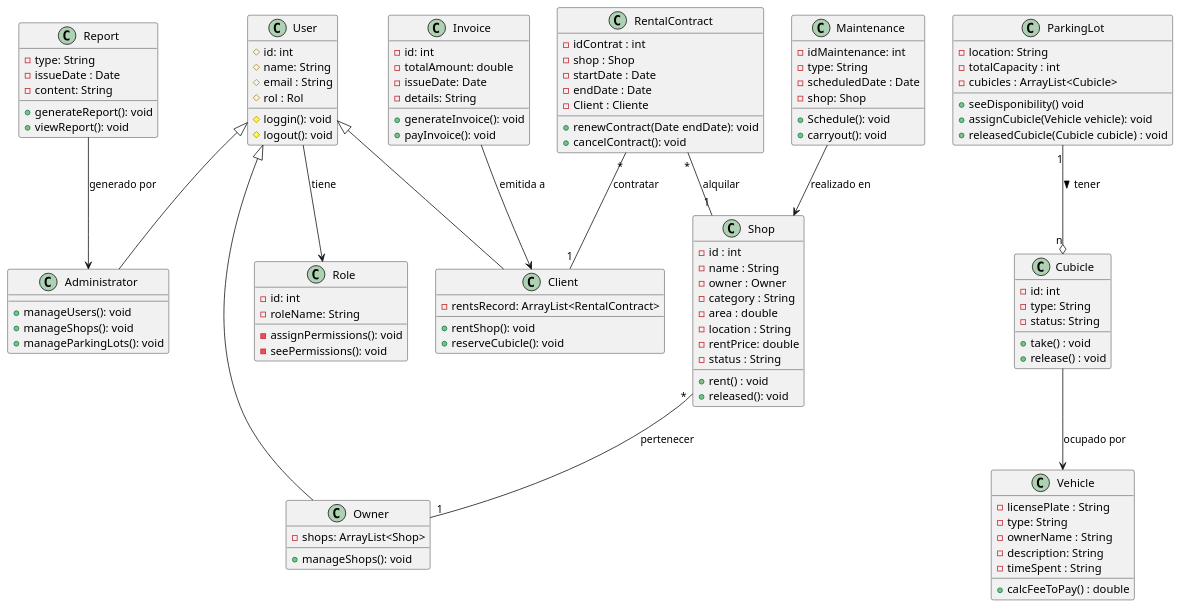
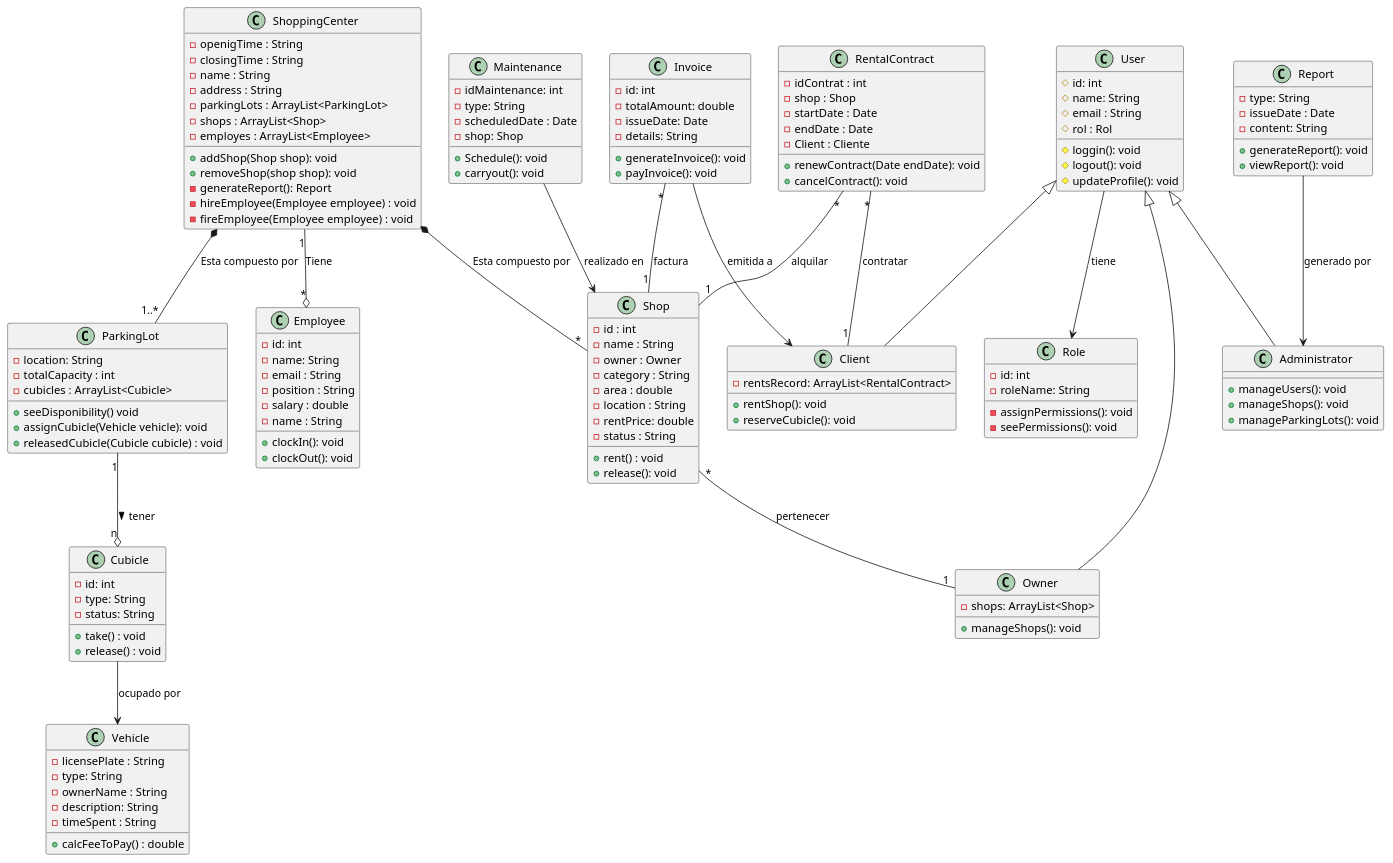
One commit to cleymeravilaa/Gestion-Centro-Comercial changed the diagram in src/co/edu/unicolombo/s3/poo/GestionCentroComercial/docs/DiagramasClases.puml. Above: the diagram before and after it, drawn with PlantUML.

Commit message:
actualización diagrama

```diff
--- a/src/co/edu/unicolombo/s3/poo/GestionCentroComercial/docs/DiagramasClases.puml
+++ b/src/co/edu/unicolombo/s3/poo/GestionCentroComercial/docs/DiagramasClases.puml
@@ -1,152 +1,185 @@
 @startuml
+
+' Centro Comercial
+class ShoppingCenter {
+    - openigTime : String
+    - closingTime : String
+    - name : String
+    - address : String
+    - parkingLots : ArrayList<ParkingLot>
+    - shops : ArrayList<Shop>
+    - employes : ArrayList<Employee>
+    + addShop(Shop shop): void
+    + removeShop(shop shop): void
+    - generateReport(): Report
+    - hireEmployee(Employee employee) : void
+    - fireEmployee(Employee employee) : void
+}
 
 'Local
 class Shop {
     - id : int
     - name : String 
     - owner : Owner
     - category : String 
     - area : double
     - location : String
     - rentPrice: double
     - status : String
     + rent() : void 
-    + released(): void
+    + release(): void
 }
 
 ' Contrato Alquiler
 class RentalContract {
     - idContrat : int
     - shop : Shop
     - startDate : Date
     - endDate : Date
     - Client : Cliente
     + renewContract(Date endDate): void
     + cancelContract(): void
 }
 
 'Parqueadero
 class ParkingLot {
     - location: String
     - totalCapacity : int
     - cubicles : ArrayList<Cubicle>
     + seeDisponibility() void
     + assignCubicle(Vehicle vehicle): void
     + releasedCubicle(Cubicle cubicle) : void
 }
 
 ' Cubiculo
 class Cubicle {
     - id: int
     - type: String
     - status: String
     + take() : void
     + release() : void
 }
 
 ' Vehiculo
 class Vehicle {
     - licensePlate : String
     - type: String
     - ownerName : String
     - description: String
     - timeSpent : String
     + calcFeeToPay() : double
 }
 
 ' Usuario
 class User {
     # id: int
     # name: String
     # email : String
     # rol : Rol
     # loggin(): void
     # logout(): void
+    # updateProfile(): void
 }
 
 ' Propietario
 class Owner {
     - shops: ArrayList<Shop>
     + manageShops(): void
 }
 
 ' Cliente
 class Client {
     - rentsRecord: ArrayList<RentalContract>
     + rentShop(): void
     + reserveCubicle(): void
 }
 
 ' Admin
 class Administrator {
     + manageUsers(): void
     + manageShops(): void
     + manageParkingLots(): void
 }
 
+class Employee {
+    - id: int
+    - name: String
+    - email : String
+    - position : String
+    - salary : double
+    - name : String
+    + clockIn(): void
+    + clockOut(): void
+}
 ' Rol
 class Role {
     - id: int
     - roleName: String
     - assignPermissions(): void
     - seePermissions(): void
 }
 
 ' Factura
 class Invoice {
     - id: int
     - totalAmount: double 
     - issueDate: Date
     - details: String
     + generateInvoice(): void
     + payInvoice(): void
 }
 
 ' Reporte
 class Report {
     - type: String
     - issueDate : Date
     - content: String
     + generateReport(): void
     + viewReport(): void
 }
 
 ' Mantenimiento
 class Maintenance {
     - idMaintenance: int
     - type: String
     - scheduledDate : Date
     - shop: Shop
     + Schedule(): void
     + carryout(): void
 }
 
 
 ' Relaciones 
 
 ' Herencia
 User <|-- Owner 
 User <|-- Administrator 
 User <|-- Client
 
 ' Asociacion
 Shop "*" -- "1" Owner : pertenecer
 RentalContract "*" -- "1" Shop : alquilar
 RentalContract "*" -- "1" Client : contratar
 ParkingLot "1" --o "n" Cubicle: tener >
 ' Relación entre Cubicle y Vehicle
 Cubicle --> Vehicle : "ocupado por"
 
 ' Relación entre Usuario y Rol
 User --> Role : "tiene"
 ' Relación entre Invoice y Client
 Invoice --> Client : "emitida a"
 
+Invoice "*" -- "1" Shop: factura
+
 ' Relación entre Reporte y Administrator
 Report --> Administrator : "generado por"
 
 ' Relación entre Mantenimiento y Shop
 Maintenance --> Shop : "realizado en"
 
 
+' Composicion
+ShoppingCenter *-- "*" Shop : Esta compuesto por
+ShoppingCenter *-- "1..*" ParkingLot : Esta compuesto por
+ShoppingCenter "1" --o "*" Employee : Tiene
 @enduml
```
